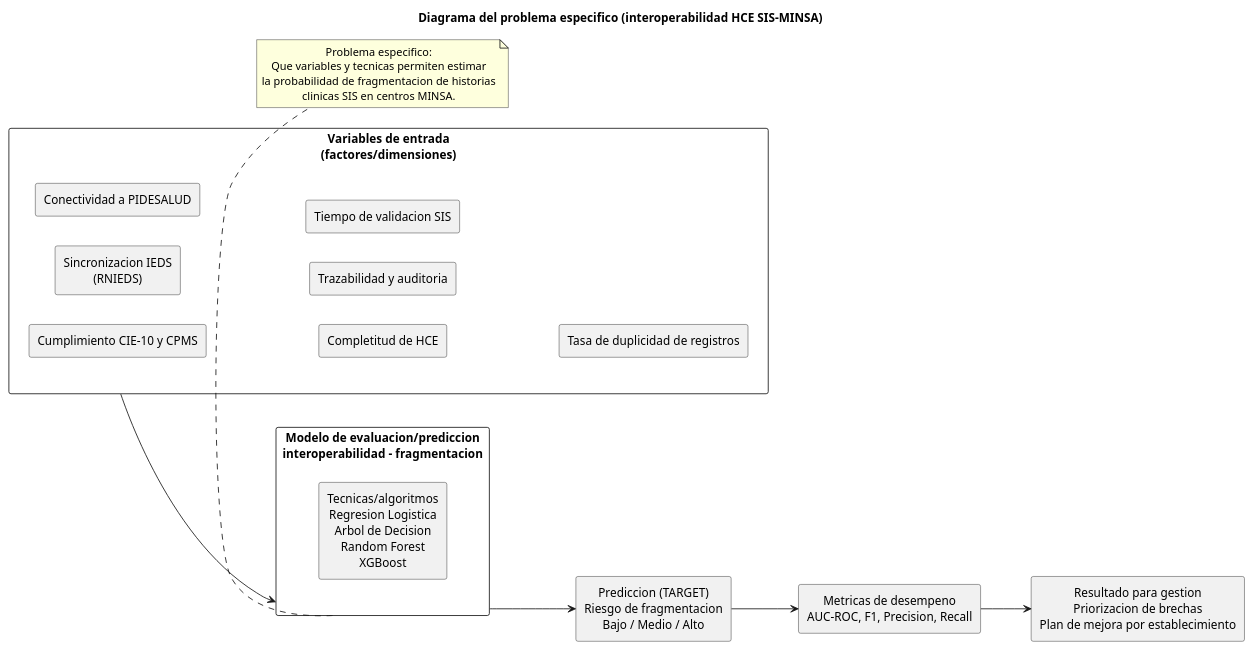
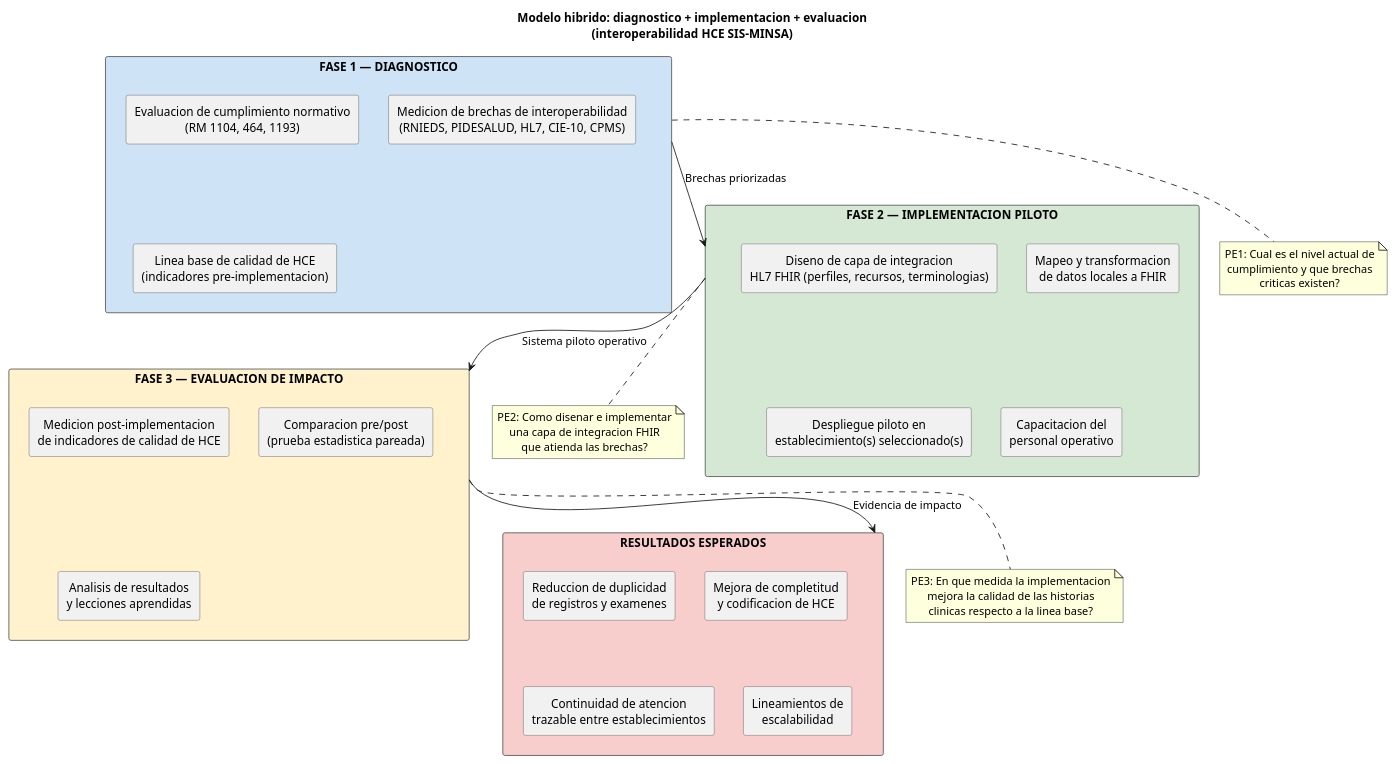
One commit to genomike/seminario_de_investigacion changed the diagram in diagrama-problema-especifico.puml. Above: the diagram before and after it, drawn with PlantUML. The commit also changed 10 other files, not shown here.

Commit message:
Modelo para mejorar la interoperabilidad

```diff
--- a/diagrama-problema-especifico.puml
+++ b/diagrama-problema-especifico.puml
@@ -1,42 +1,59 @@
 @startuml
-left to right direction
+top to bottom direction
 
 skinparam shadowing false
 skinparam packageStyle rectangle
 skinparam defaultTextAlignment center
+skinparam rectangleBorderColor #555555
 
-title Diagrama del problema especifico (interoperabilidad HCE SIS-MINSA)
+title Modelo hibrido: diagnostico + implementacion + evaluacion\n(interoperabilidad HCE SIS-MINSA)
 
-rectangle "Variables de entrada\n(factores/dimensiones)" as input {
-  rectangle "Cumplimiento CIE-10 y CPMS" as v1
-  rectangle "Sincronizacion IEDS\n(RNIEDS)" as v2
-  rectangle "Conectividad a PIDESALUD" as v3
-  rectangle "Completitud de HCE" as v4
-  rectangle "Trazabilidad y auditoria" as v5
-  rectangle "Tiempo de validacion SIS" as v6
-  rectangle "Tasa de duplicidad de registros" as v7
+rectangle "FASE 1 — DIAGNOSTICO" as fase1 #CEE3F6 {
+  rectangle "Evaluacion de cumplimiento normativo\n(RM 1104, 464, 1193)" as d1
+  rectangle "Medicion de brechas de interoperabilidad\n(RNIEDS, PIDESALUD, HL7, CIE-10, CPMS)" as d2
+  rectangle "Linea base de calidad de HCE\n(indicadores pre-implementacion)" as d3
 }
 
-rectangle "Modelo de evaluacion/prediccion\ninteroperabilidad - fragmentacion" as model {
-  rectangle "Tecnicas/algoritmos\nRegresion Logistica\nArbol de Decision\nRandom Forest\nXGBoost" as alg
+rectangle "FASE 2 — IMPLEMENTACION PILOTO" as fase2 #D5E8D4 {
+  rectangle "Diseno de capa de integracion\nHL7 FHIR (perfiles, recursos, terminologias)" as i1
+  rectangle "Mapeo y transformacion\nde datos locales a FHIR" as i2
+  rectangle "Despliegue piloto en\nestablecimiento(s) seleccionado(s)" as i3
+  rectangle "Capacitacion del\npersonal operativo" as i4
 }
 
-rectangle "Prediccion (TARGET)\nRiesgo de fragmentacion\nBajo / Medio / Alto" as target
+rectangle "FASE 3 — EVALUACION DE IMPACTO" as fase3 #FFF2CC {
+  rectangle "Medicion post-implementacion\nde indicadores de calidad de HCE" as e1
+  rectangle "Comparacion pre/post\n(prueba estadistica pareada)" as e2
+  rectangle "Analisis de resultados\ny lecciones aprendidas" as e3
+}
 
-rectangle "Metricas de desempeno\nAUC-ROC, F1, Precision, Recall" as metrics
+rectangle "RESULTADOS ESPERADOS" as resultado #F8CECC {
+  rectangle "Reduccion de duplicidad\nde registros y examenes" as r1
+  rectangle "Mejora de completitud\ny codificacion de HCE" as r2
+  rectangle "Continuidad de atencion\ntrazable entre establecimientos" as r3
+  rectangle "Lineamientos de\nescalabilidad" as r4
+}
 
-rectangle "Resultado para gestion\nPriorizacion de brechas\nPlan de mejora por establecimiento" as result
+fase1 -down-> fase2 : Brechas priorizadas
+fase2 -down-> fase3 : Sistema piloto operativo
+fase3 -down-> resultado : Evidencia de impacto
 
-input --> model
-model --> target
-target --> metrics
-metrics --> result
+note bottom of fase1
+PE1: Cual es el nivel actual de
+cumplimiento y que brechas
+criticas existen?
+end note
 
-note bottom of model
-Problema especifico:
-Que variables y tecnicas permiten estimar
-la probabilidad de fragmentacion de historias
-clinicas SIS en centros MINSA.
+note bottom of fase2
+PE2: Como disenar e implementar
+una capa de integracion FHIR
+que atienda las brechas?
+end note
+
+note bottom of fase3
+PE3: En que medida la implementacion
+mejora la calidad de las historias
+clinicas respecto a la linea base?
 end note
 
 @enduml
```
